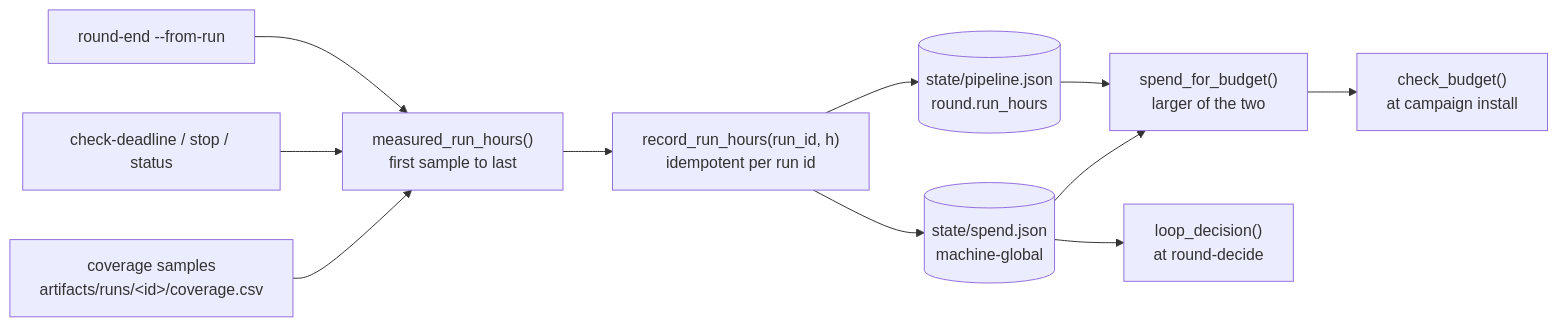
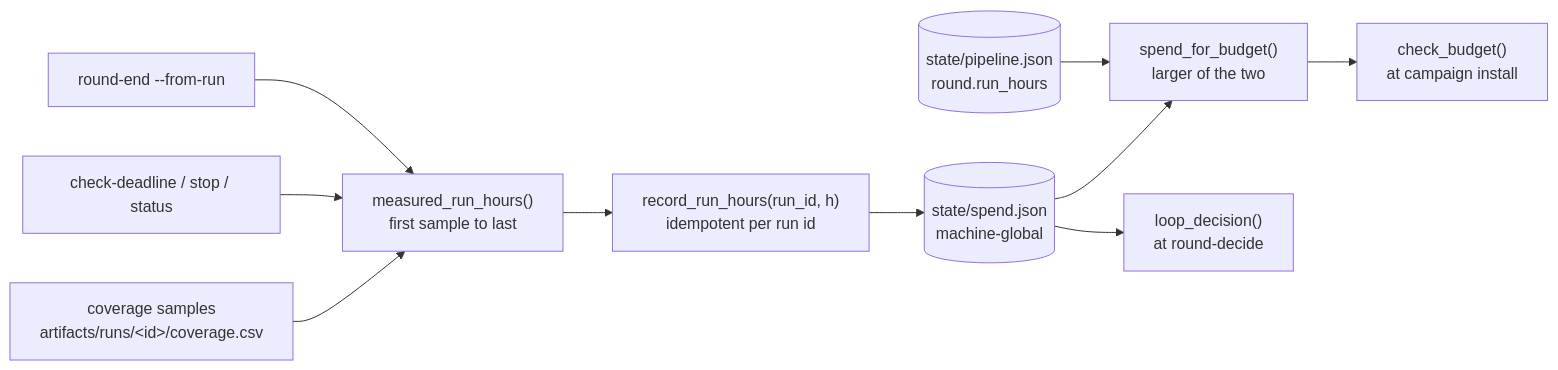
One commit to Indspl0it/gspwn changed the diagram in docs/src/content/docs/guides/budget-and-spend.md. Above: the diagram before and after it, drawn with Mermaid. The commit also changed other lines of this file and 14 other files, not shown here.

````diff
--- a/docs/src/content/docs/guides/budget-and-spend.md
+++ b/docs/src/content/docs/guides/budget-and-spend.md
@@ -85,13 +112,12 @@
 ```mermaid
 flowchart LR
   CS["coverage samples<br/>artifacts/runs/&lt;id&gt;/coverage.csv"] --> MH["measured_run_hours()<br/>first sample to last"]
   MH --> RC["record_run_hours(run_id, h)<br/>idempotent per run id"]
   RC --> SJ[("state/spend.json<br/>machine-global")]
-  RC --> PJ[("state/pipeline.json<br/>round.run_hours")]
   SJ --> SB["spend_for_budget()<br/>larger of the two"]
-  PJ --> SB
+  PJ[("state/pipeline.json<br/>round.run_hours")] --> SB
   SB --> CB["check_budget()<br/>at campaign install"]
   SJ --> LD["loop_decision()<br/>at round-decide"]
   DL["check-deadline / stop / status"] --> MH
   RE["round-end --from-run"] --> MH
 ```
````
